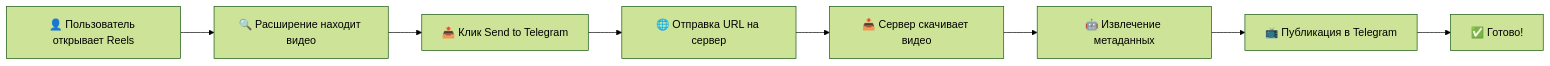
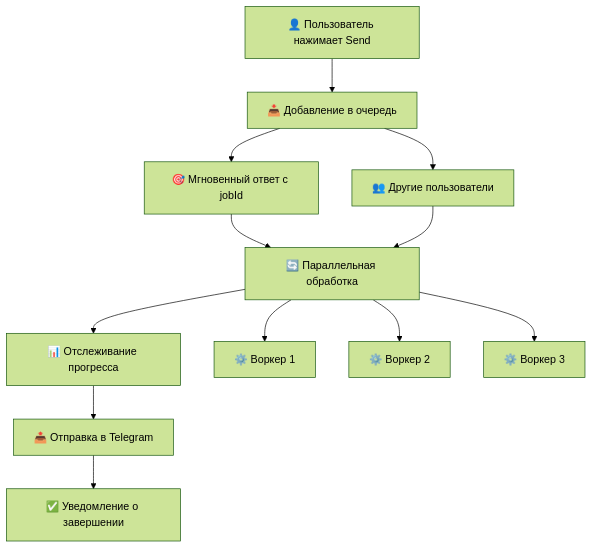
The diagram in README.md (revoulce/reels-to-telegram), drawn with Mermaid (forest theme) before and after one commit. The commit also changed other lines of this file and 10 other files, not shown here.

````diff
--- a/README.md
+++ b/README.md
@@ -99,10 +119,16 @@
 ```mermaid
-graph LR
-    A[👤 Пользователь открывает Reels] --> B[🔍 Расширение находит видео]
-    B --> C[📤 Клик Send to Telegram]
-    C --> D[🌐 Отправка URL на сервер]
-    D --> E[📥 Сервер скачивает видео]
-    E --> F[🤖 Извлечение метаданных]
-    F --> G[📺 Публикация в Telegram]
-    G --> H[✅ Готово!]
+graph TD
+    A[👤 Пользователь нажимает Send] --> B[📥 Добавление в очередь]
+    B --> C[🎯 Мгновенный ответ с jobId]
+    C --> D[🔄 Параллельная обработка]
+    D --> E[📊 Отслеживание прогресса]
+    E --> F[📤 Отправка в Telegram]
+    F --> G[✅ Уведомление о завершении]
+    
+    B --> H[👥 Другие пользователи]
+    H --> D
+    
+    D --> I[⚙️ Воркер 1]
+    D --> J[⚙️ Воркер 2] 
+    D --> K[⚙️ Воркер 3]
 ```
````
